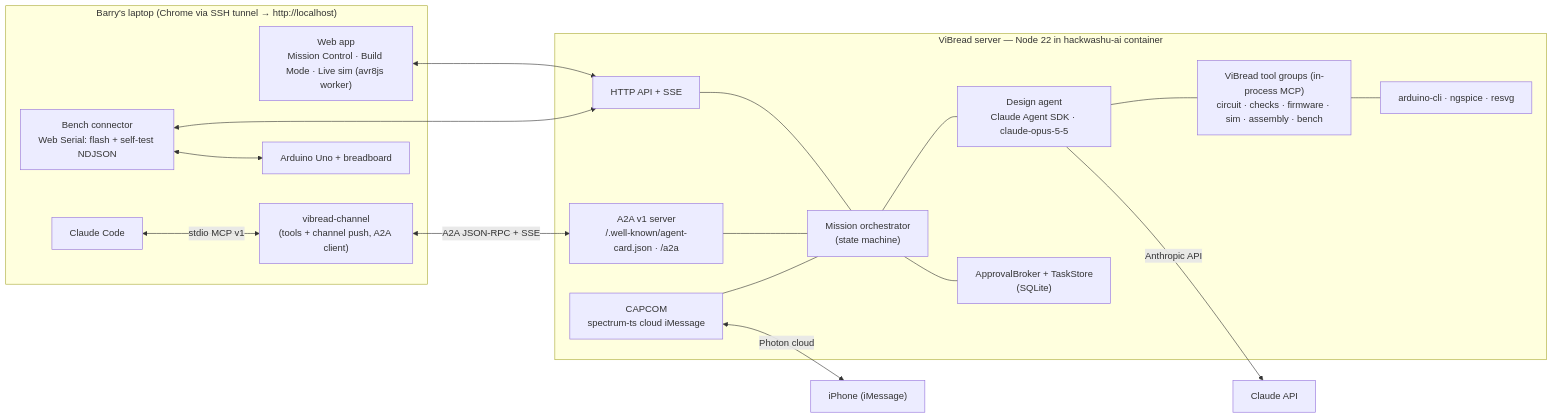
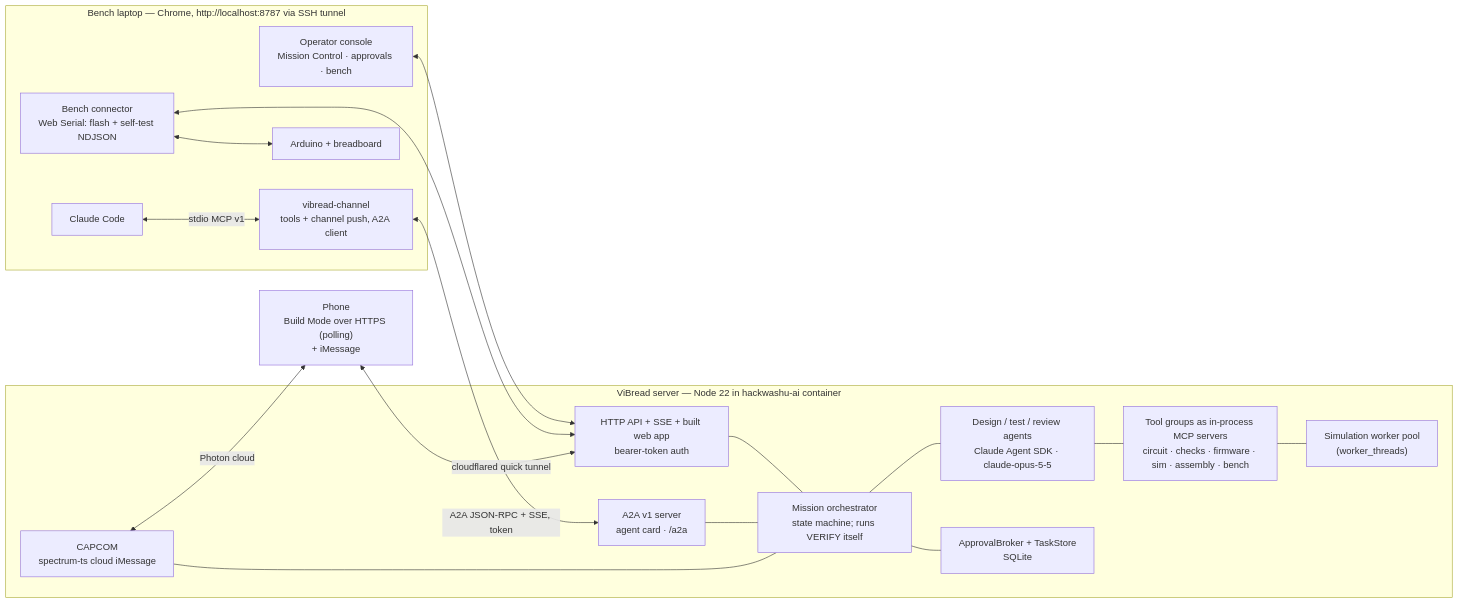
The diagram in PLAN.md (BarryTheShen/ViBread), drawn with Mermaid before and after one commit. The commit also changed other lines of this file, not shown here.

Commit message:
Revise plan: golden path, safety sequence, auth, independent tests

````diff
--- a/PLAN.md
+++ b/PLAN.md
@@ -108,29 +131,30 @@
 ```mermaid
 flowchart LR
-  subgraph Laptop["Barry's laptop (Chrome via SSH tunnel → http://localhost)"]
-    WEB["Web app<br/>Mission Control · Build Mode · Live sim (avr8js worker)"]
+  subgraph Laptop["Bench laptop — Chrome, http://localhost:8787 via SSH tunnel"]
+    WEB["Operator console<br/>Mission Control · approvals · bench"]
     BENCH["Bench connector<br/>Web Serial: flash + self-test NDJSON"]
-    CC["Claude Code"] <-->|stdio MCP v1| CH["vibread-channel<br/>(tools + channel push, A2A client)"]
-    USB["Arduino Uno + breadboard"]
+    CC["Claude Code"] <-->|stdio MCP v1| CH["vibread-channel<br/>tools + channel push, A2A client"]
+    USB["Arduino + breadboard"]
   end
+  PHONE["Phone<br/>Build Mode over HTTPS (polling)<br/>+ iMessage"]
   subgraph Server["ViBread server — Node 22 in hackwashu-ai container"]
-    API["HTTP API + SSE"]
-    ORCH["Mission orchestrator<br/>(state machine)"]
-    AG["Design agent<br/>Claude Agent SDK · claude-opus-5-5"]
-    TOOLS["ViBread tool groups (in-process MCP)<br/>circuit · checks · firmware · sim · assembly · bench"]
-    BRK["ApprovalBroker + TaskStore<br/>(SQLite)"]
-    A2A["A2A v1 server<br/>/.well-known/agent-card.json · /a2a"]
+    API["HTTP API + SSE + built web app<br/>bearer-token auth"]
+    ORCH["Mission orchestrator<br/>state machine; runs VERIFY itself"]
+    AG["Design / test / review agents<br/>Claude Agent SDK · claude-opus-5-5"]
+    TOOLS["Tool groups as in-process MCP servers<br/>circuit · checks · firmware · sim · assembly · bench"]
+    SIMW["Simulation worker pool<br/>(worker_threads)"]
+    BRK["ApprovalBroker + TaskStore<br/>SQLite"]
+    A2A["A2A v1 server<br/>agent card · /a2a"]
     CAP["CAPCOM<br/>spectrum-ts cloud iMessage"]
-    BIN["arduino-cli · ngspice · resvg"]
   end
   WEB <--> API
   BENCH <--> USB
   BENCH <--> API
-  CH <-->|A2A JSON-RPC + SSE| A2A
-  API --- ORCH --- AG --- TOOLS --- BIN
+  CH <-->|A2A JSON-RPC + SSE, token| A2A
+  PHONE <-->|cloudflared quick tunnel| API
+  API --- ORCH --- AG --- TOOLS --- SIMW
   ORCH --- BRK
   A2A --- ORCH
   CAP --- ORCH
-  CAP <-->|Photon cloud| PHONE["iPhone (iMessage)"]
-  AG -->|Anthropic API| CLAUDE["Claude API"]
+  CAP <-->|Photon cloud| PHONE
 ```
````
